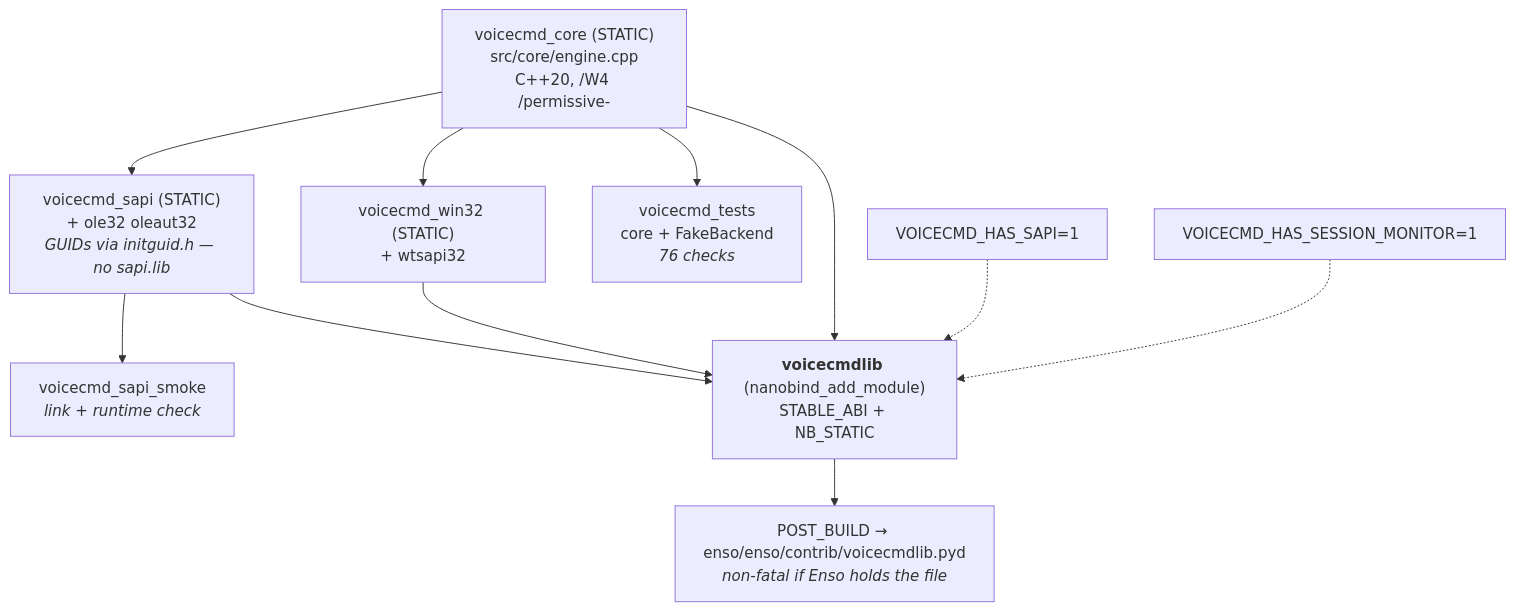
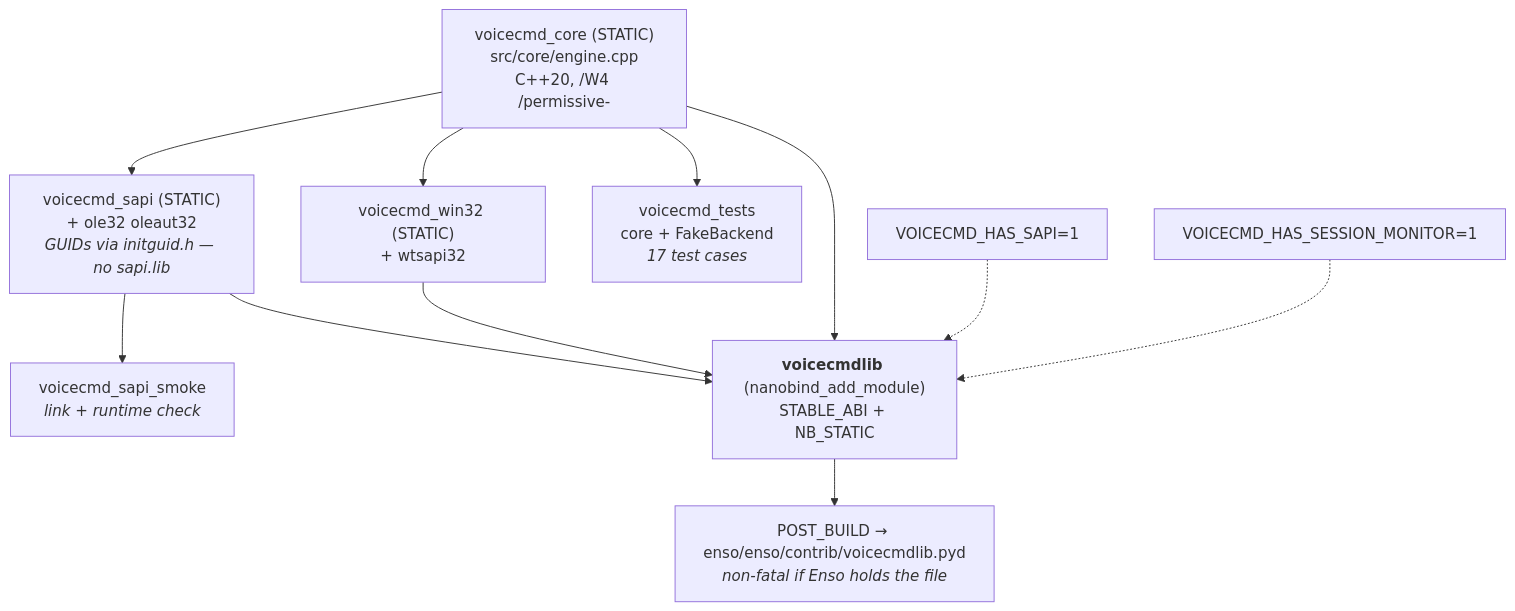
Before and after one commit to GChristensen/enso-portable: diagram 11 of 11 in platform/win32/VoiceCmd/readme.md, drawn with Mermaid. The commit also changed other lines of this file and 4 other files, not shown here.

````diff
--- a/platform/win32/VoiceCmd/readme.md
+++ b/platform/win32/VoiceCmd/readme.md
@@ -614,19 +676,19 @@
 ```mermaid
 graph TB
     CORE["voicecmd_core (STATIC)<br/>src/core/engine.cpp<br/>C++20, /W4 /permissive-"]
     SAPILIB["voicecmd_sapi (STATIC)<br/>+ ole32 oleaut32<br/><i>GUIDs via initguid.h — no sapi.lib</i>"]
     WIN32LIB["voicecmd_win32 (STATIC)<br/>+ wtsapi32"]
-    TESTS["voicecmd_tests<br/>core + FakeBackend<br/><i>76 checks</i>"]
+    TESTS["voicecmd_tests<br/>core + FakeBackend<br/><i>17 test cases</i>"]
     SMOKE["voicecmd_sapi_smoke<br/><i>link + runtime check</i>"]
     PYD["<b>voicecmdlib</b> (nanobind_add_module)<br/>STABLE_ABI + NB_STATIC"]
     DEPLOY["POST_BUILD → enso/enso/contrib/voicecmdlib.pyd<br/><i>non-fatal if Enso holds the file</i>"]
 
     CORE --> SAPILIB --> PYD
     CORE --> WIN32LIB --> PYD
     CORE --> PYD --> DEPLOY
     CORE --> TESTS
     SAPILIB --> SMOKE
 
     D1["VOICECMD_HAS_SAPI=1"] -.-> PYD
     D2["VOICECMD_HAS_SESSION_MONITOR=1"] -.-> PYD
 ```
````
